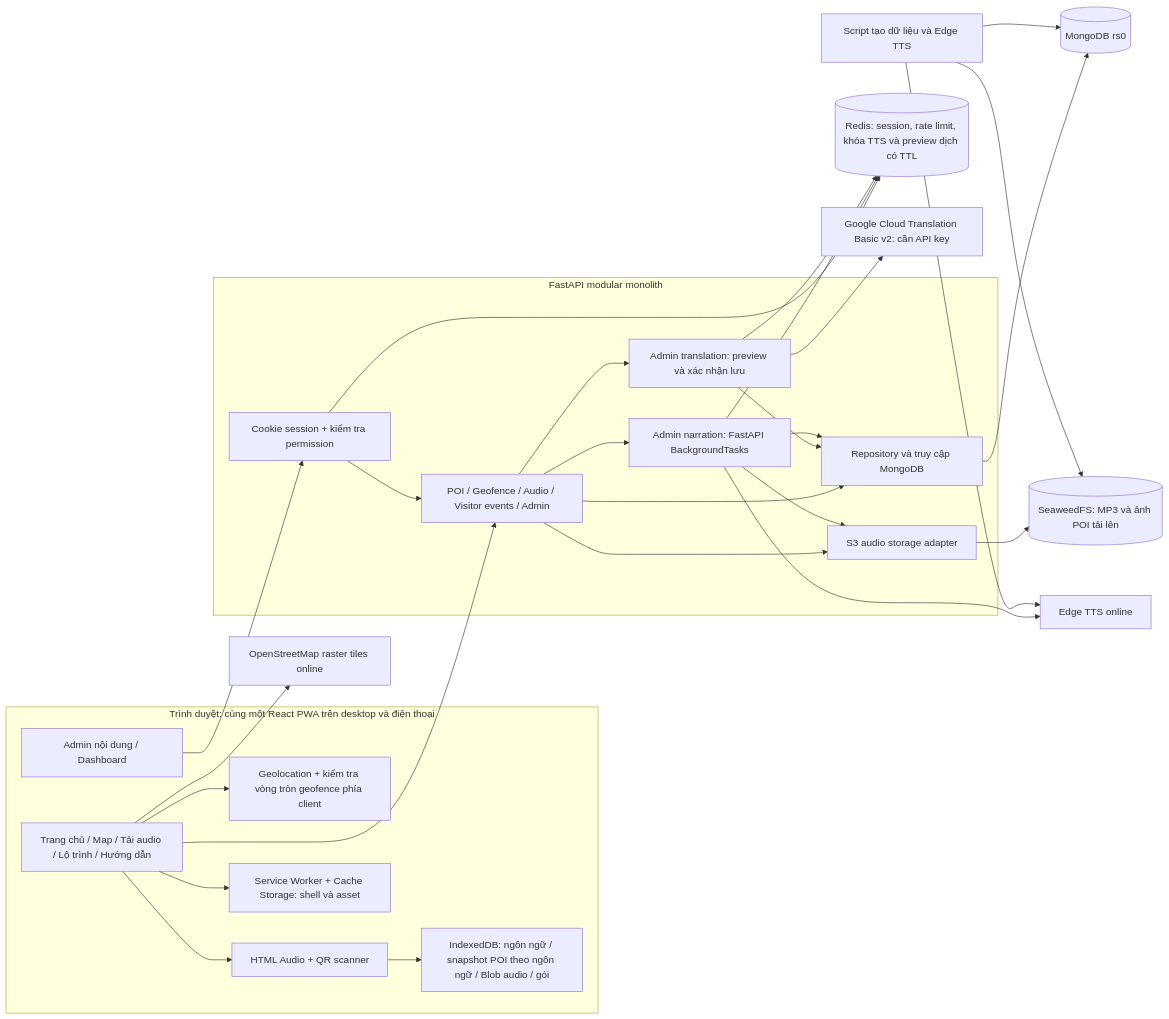
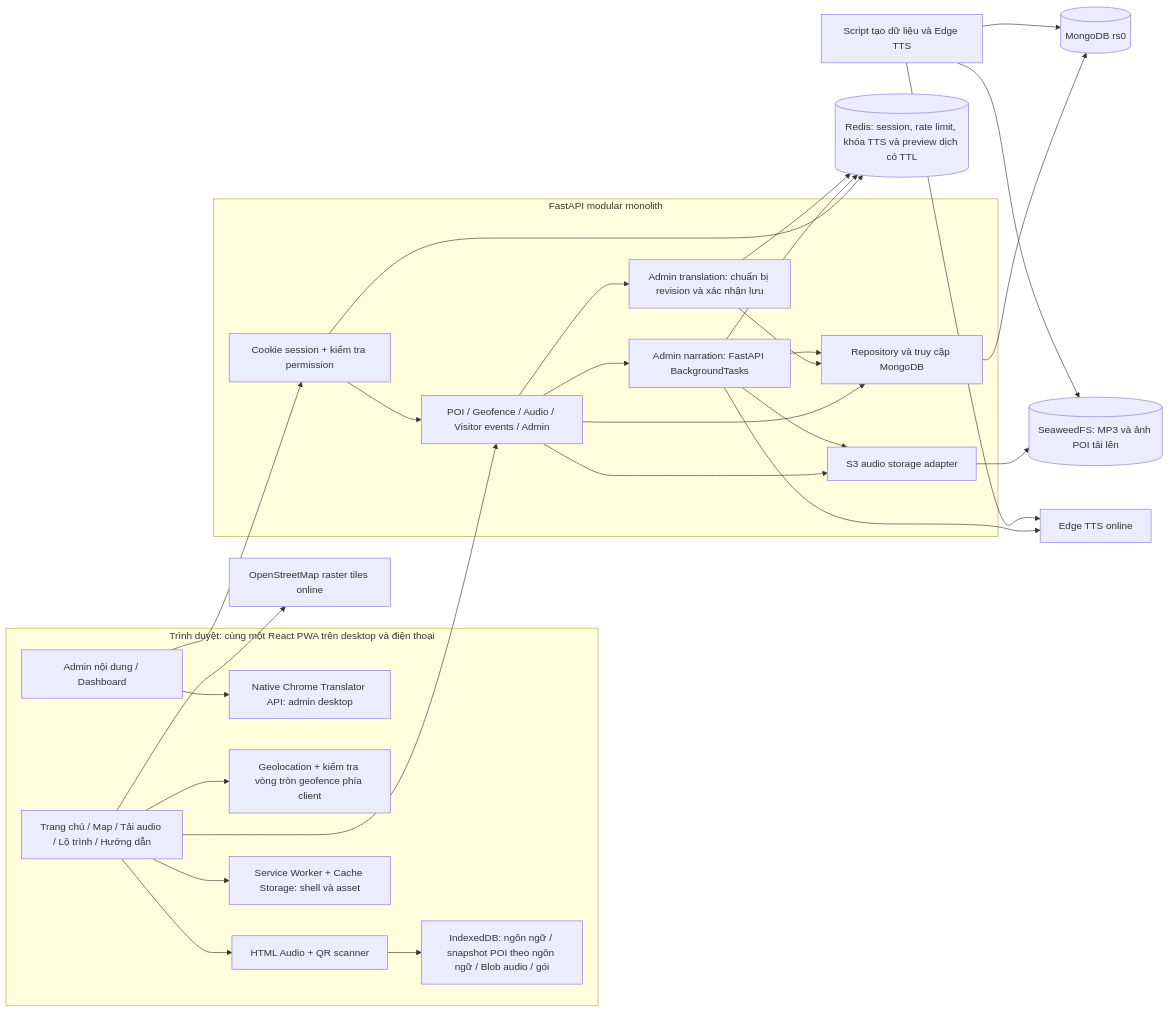
Before and after one commit to BXXOYOUNG/multilingual-guide-services-saigon-zoo: the first of 3 diagrams in docs/CURRENT_ARCHITECTURE.md, drawn with Mermaid. The commit also changed other lines of this file and 15 other files, not shown here.

Commit message:
Replace Cloud translation with native Chrome admin translation

````diff
--- a/docs/CURRENT_ARCHITECTURE.md
+++ b/docs/CURRENT_ARCHITECTURE.md
@@ -17,44 +17,45 @@
 ```mermaid
 flowchart LR
   subgraph Browser[Trình duyệt: cùng một React PWA trên desktop và điện thoại]
     Visitor[Trang chủ / Map / Tải audio / Lộ trình / Hướng dẫn]
     Admin[Admin nội dung / Dashboard]
+    BrowserMT[Native Chrome Translator API: admin desktop]
+    Admin --> BrowserMT
     Geo[Geolocation + kiểm tra vòng tròn geofence phía client]
     Player[HTML Audio + QR scanner]
     IDB[IndexedDB: ngôn ngữ / snapshot POI theo ngôn ngữ / Blob audio / gói]
     SW[Service Worker + Cache Storage: shell và asset]
     Visitor --> Geo
     Visitor --> Player
     Player --> IDB
     Visitor --> SW
   end
   subgraph API[FastAPI modular monolith]
     Routes[POI / Geofence / Audio / Visitor events / Admin]
     Auth[Cookie session + kiểm tra permission]
     Repos[Repository và truy cập MongoDB]
     Storage[S3 audio storage adapter]
     TTS[Admin narration: FastAPI BackgroundTasks]
-    MT[Admin translation: preview và xác nhận lưu]
+    MT[Admin translation: chuẩn bị revision và xác nhận lưu]
     Routes --> Repos
     Routes --> Storage
     Routes --> TTS
     Routes --> MT
     MT --> Repos
     TTS --> Repos
     TTS --> Storage
     Auth --> Routes
   end
   Visitor --> Routes
   Admin --> Auth
   Auth --> Redis[(Redis: session, rate limit, khóa TTS và preview dịch có TTL)]
   TTS --> Redis
   TTS --> Edge[Edge TTS online]
-  MT --> Google[Google Cloud Translation Basic v2: cần API key]
   MT --> Redis
   Repos --> Mongo[(MongoDB rs0)]
   Storage --> S3[(SeaweedFS: MP3 và ảnh POI tải lên)]
   Seed[Script tạo dữ liệu và Edge TTS] --> Mongo
   Seed --> S3
   Seed --> Edge
   Visitor --> OSM[OpenStreetMap raster tiles online]
 ```
````
